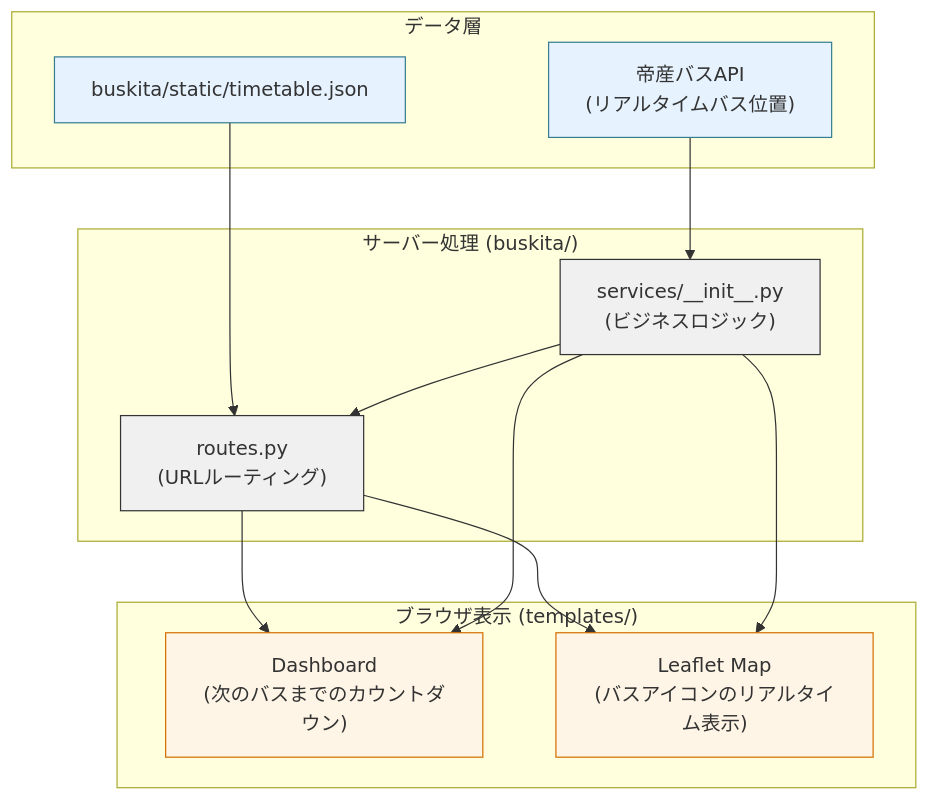
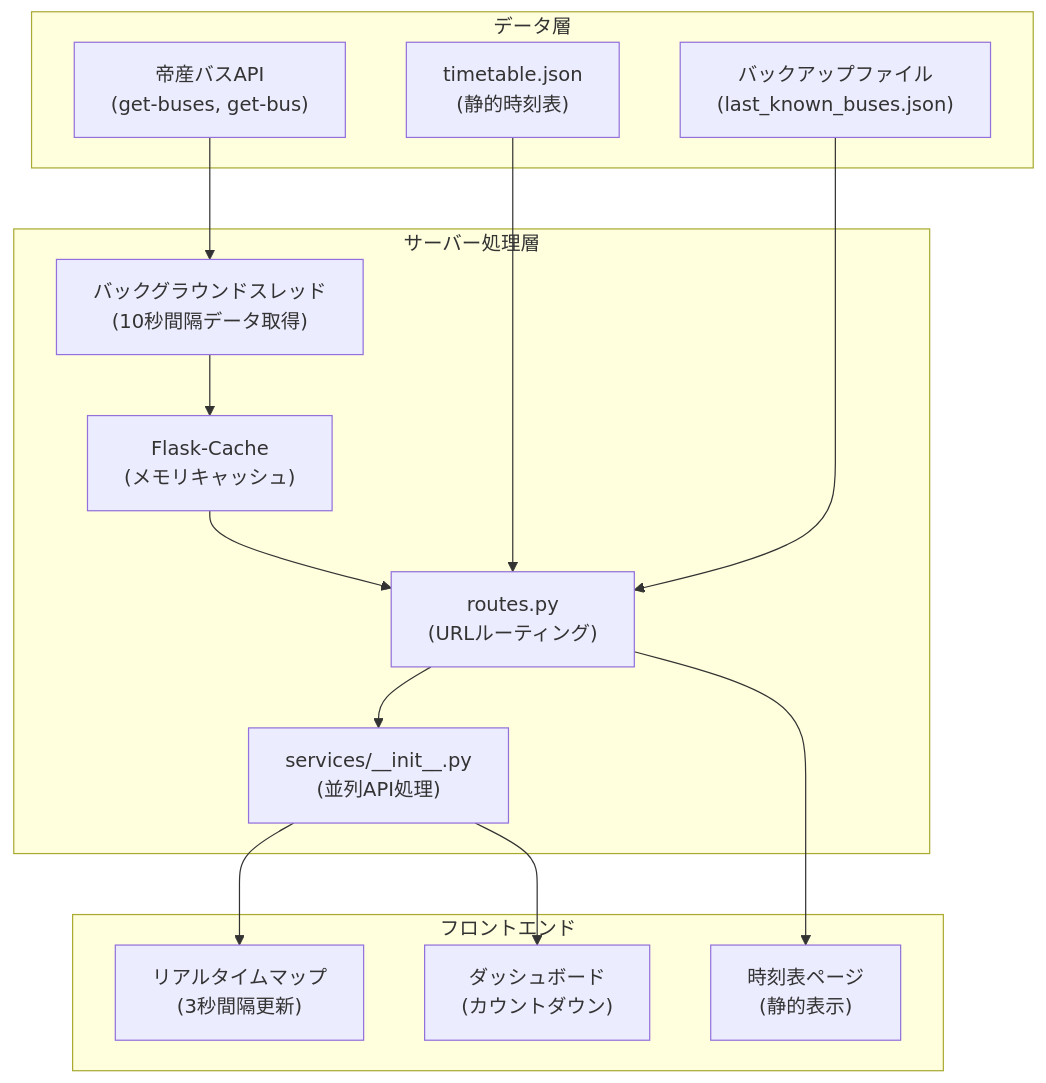
Before and after one commit to RyukokuDX/Buskita_real_webmap: the diagram in docs/02_design_and_architecture/DATA_FLOW.md, drawn with Mermaid. The commit also changed 43 other files, not shown here.

````diff
--- a/docs/02_design_and_architecture/DATA_FLOW.md
+++ b/docs/02_design_and_architecture/DATA_FLOW.md
@@ -7,33 +7,31 @@
 ```mermaid
 graph TD
     subgraph "データ層"
-        A["buskita/static/timetable.json"]
-        B["帝産バスAPI<br/>(リアルタイムバス位置)"]
+        A["timetable.json<br/>(静的時刻表)"]
+        B["帝産バスAPI<br/>(get-buses, get-bus)"]
+        C["バックアップファイル<br/>(last_known_buses.json)"]
     end
 
-    subgraph "サーバー処理 (buskita/)"
-        C["routes.py<br/>(URLルーティング)"]
-        D["services/__init__.py<br/>(ビジネスロジック)"]
-    end
-    
-    subgraph "ブラウザ表示 (templates/)"
-        E["Dashboard<br/>(次のバスまでのカウントダウン)"]
-        F["Leaflet Map<br/>(バスアイコンのリアルタイム表示)"]
+    subgraph "サーバー処理層"
+        D["バックグラウンドスレッド<br/>(10秒間隔データ取得)"]
+        E["Flask-Cache<br/>(メモリキャッシュ)"]
+        F["routes.py<br/>(URLルーティング)"]
+        G["services/__init__.py<br/>(並列API処理)"]
     end
 
-    A --> C
+    subgraph "フロントエンド"
+        H["リアルタイムマップ<br/>(3秒間隔更新)"]
+        I["ダッシュボード<br/>(カウントダウン)"]
+        J["時刻表ページ<br/>(静的表示)"]
+    end
+
     B --> D
-    D --> C
-
-    C --> E
+    D --> E
+    E --> F
+    A --> F
     C --> F
-    D --> E
-    D --> F
-
-    style A fill:#e6f3ff,stroke:#367d91
-    style B fill:#e6f3ff,stroke:#367d91
-    style C fill:#f0f0f0,stroke:#333
-    style D fill:#f0f0f0,stroke:#333
-    style E fill:#fff5e6,stroke:#d46f00
-    style F fill:#fff5e6,stroke:#d46f00
-``` 
+    F --> G
+    G --> H
+    G --> I
+    F --> J
+```
````
